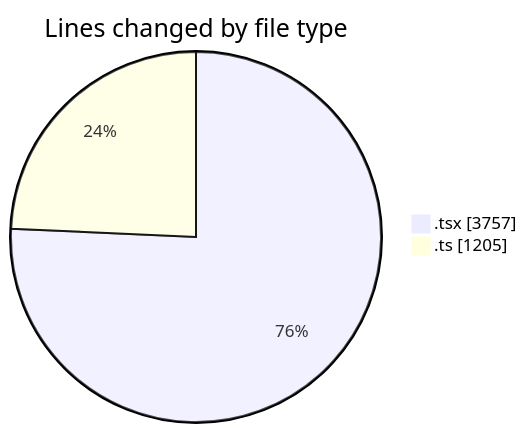
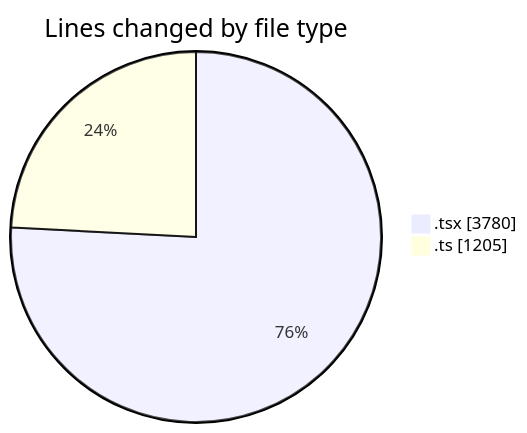
Before and after one commit to nxtqubesakshisongat/code-tracking: the first of 2 diagrams in 2026-02-18/nxtqube_webapp/README.md, drawn with Mermaid. The commit also changed other lines of this file and 1 other file, not shown here.

````diff
--- a/2026-02-18/nxtqube_webapp/README.md
+++ b/2026-02-18/nxtqube_webapp/README.md
@@ -28,6 +28,6 @@
 ```mermaid
 pie showData
 title Lines changed by file type
-".tsx" : 3757
+".tsx" : 3780
 ".ts" : 1205
 ```
````
